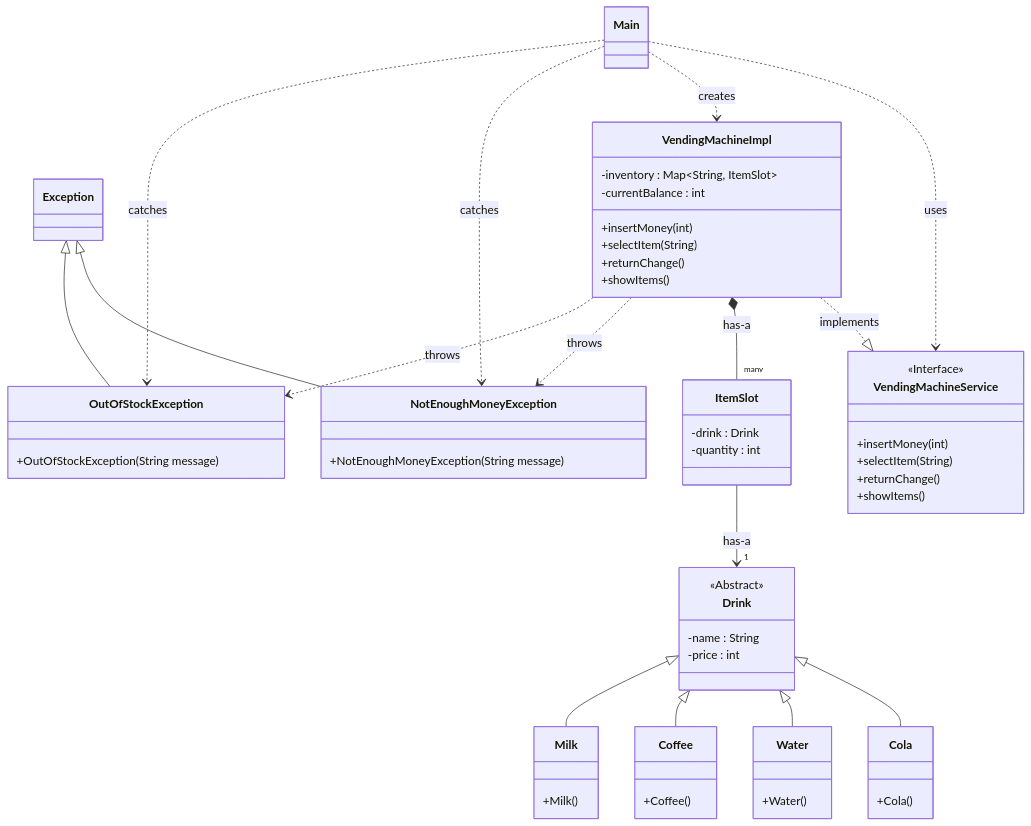
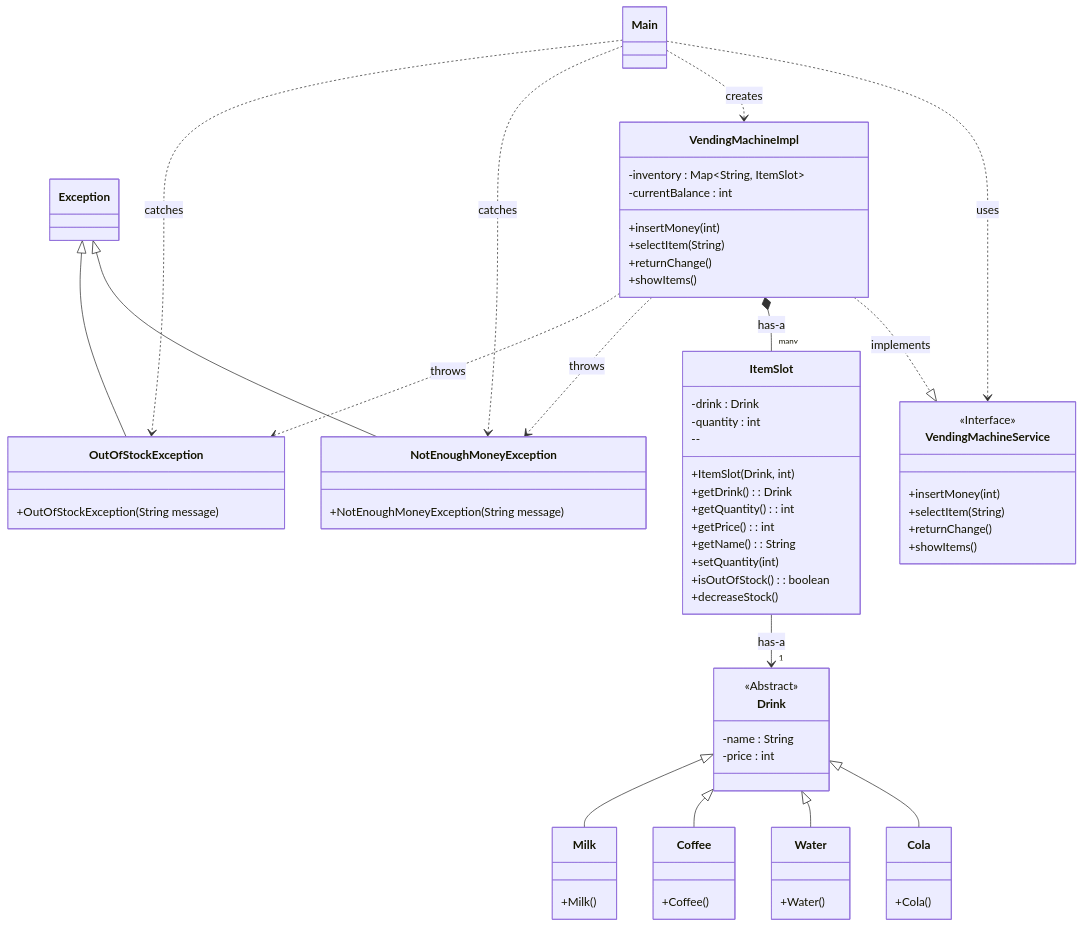
The diagram in README.md (shanekang1/java-vending-machine), drawn with Mermaid before and after one commit.

```diff
--- a/README.md
+++ b/README.md
@@ -50,6 +50,15 @@
     class ItemSlot {
         -drink : Drink
         -quantity : int
+        --
+        +ItemSlot(Drink, int)
+        +getDrink() : Drink
+        +getQuantity() : int
+        +getPrice() : int
+        +getName() : String
+        +setQuantity(int)
+        +isOutOfStock() : boolean
+        +decreaseStock()
     }
 
    class Cola {
```
